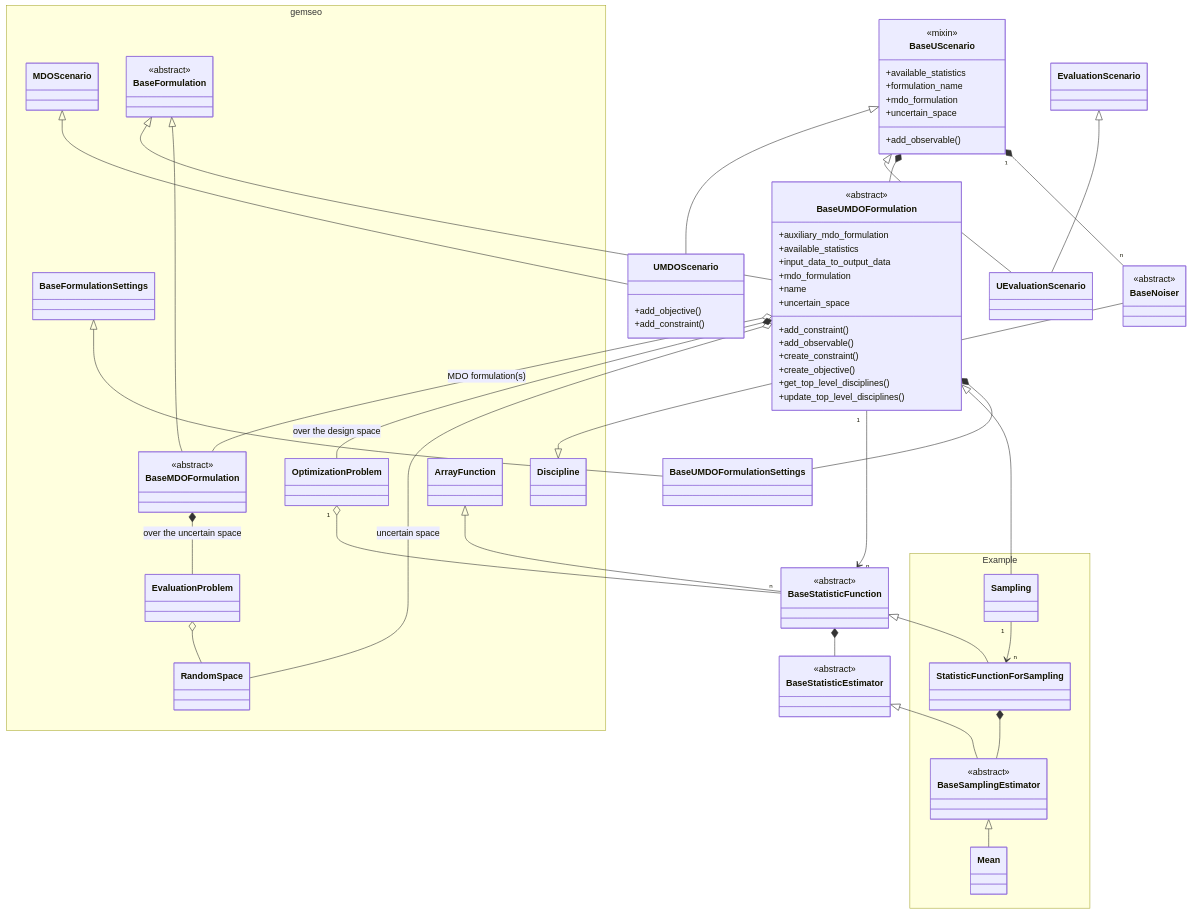
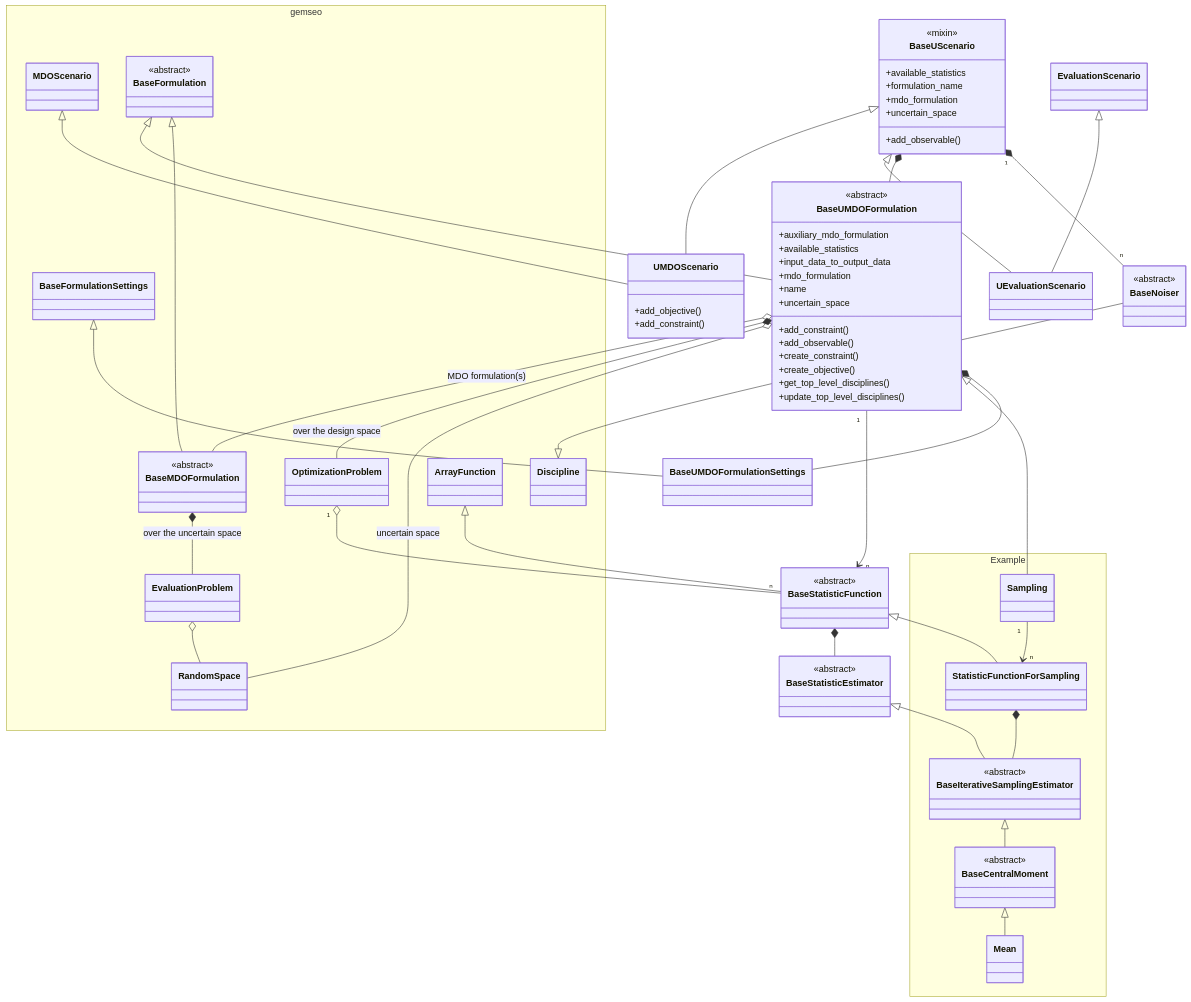
One commit to gemseo/gemseo-umdo changed the diagram in docs/developer_guide/umdo.md. Above: the diagram before and after it, drawn with Mermaid. The commit also changed other lines of this file and 438 other files, not shown here.

```diff
--- a/docs/developer_guide/umdo.md
+++ b/docs/developer_guide/umdo.md
@@ -188,9 +190,10 @@
    ArrayFunction <|-- BaseStatisticFunction
    BaseStatisticFunction <|-- StatisticFunctionForSampling
    Sampling "1" --> "n" StatisticFunctionForSampling
-   StatisticFunctionForSampling *-- BaseSamplingEstimator
-   BaseStatisticEstimator <|-- BaseSamplingEstimator
-   BaseSamplingEstimator <|-- Mean
+   StatisticFunctionForSampling *-- BaseIterativeSamplingEstimator
+   BaseStatisticEstimator <|-- BaseIterativeSamplingEstimator
+   BaseIterativeSamplingEstimator <|-- BaseCentralMoment
+   BaseCentralMoment <|-- Mean
 
    BaseUMDOFormulation *-- BaseUMDOFormulationSettings
    BaseFormulationSettings <|-- BaseUMDOFormulationSettings
@@ -201,13 +204,15 @@
    <<abstract>> BaseUMDOFormulation
    <<abstract>> BaseStatisticFunction
    <<abstract>> BaseStatisticEstimator
-   <<abstract>> BaseSamplingEstimator
+   <<abstract>> BaseIterativeSamplingEstimator
+   <<abstract>> BaseCentralMoment
    <<abstract>> BaseNoiser
 
    namespace Example {
     class Sampling
     class StatisticFunctionForSampling
-    class BaseSamplingEstimator
+    class BaseIterativeSamplingEstimator
+    class BaseCentralMoment
     class Mean
    }
 
```
